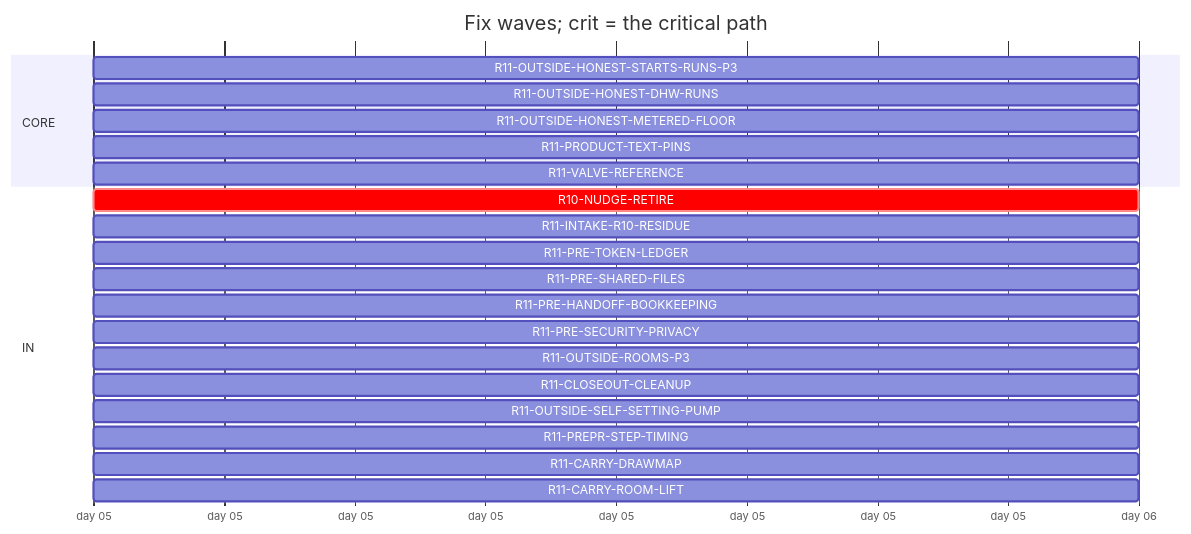
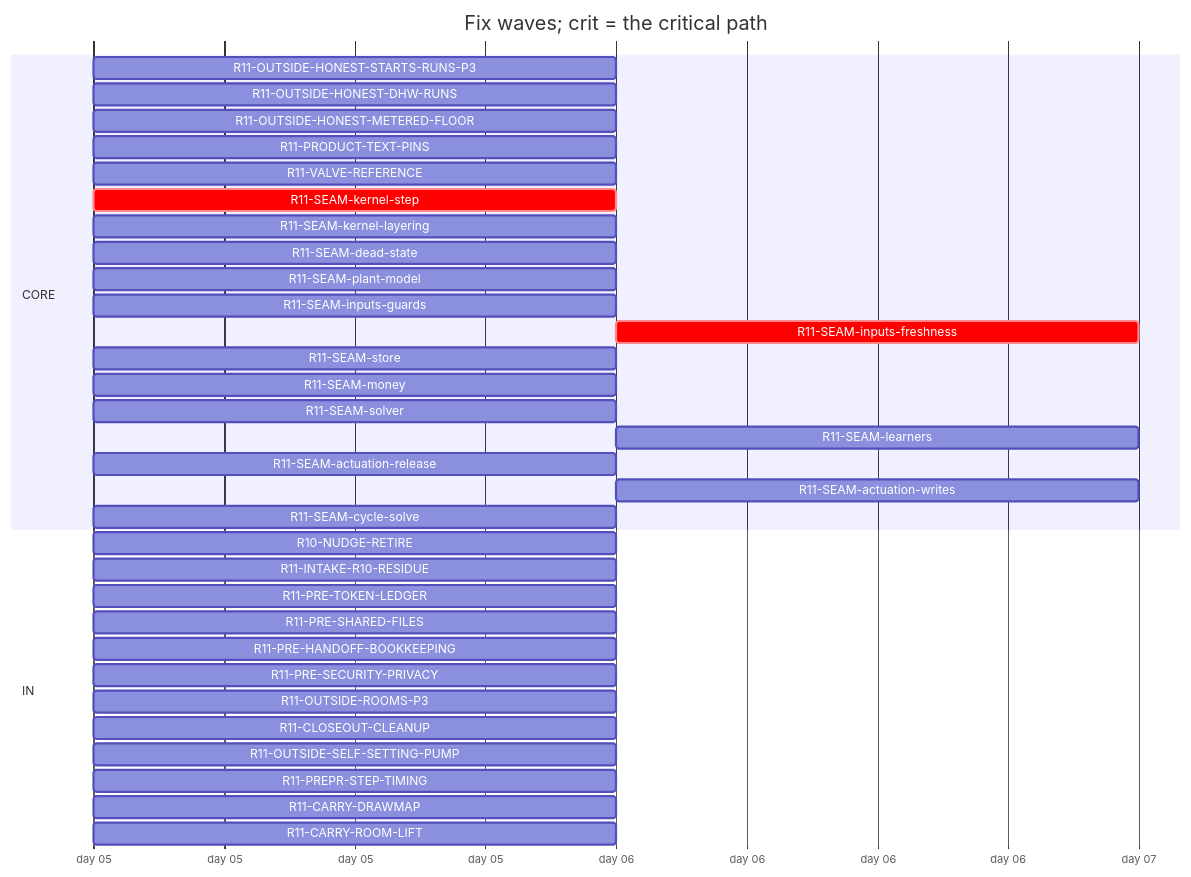
Before and after one commit to tvofi/heatpump_optimizer: the diagram in handoff/round11/state/PLAN-TABLE.md, drawn with Mermaid. The commit also changed other lines of this file and 3 other files, not shown here.

Commit message:
state: FLOW-BOARD.md, NEXT-SESSION-PROMPT.md, PLAN-TABLE.md, RESUME-CURRENT.md regenerated (state_docs.py)

````diff
--- a/handoff/round11/state/PLAN-TABLE.md
+++ b/handoff/round11/state/PLAN-TABLE.md
@@ -15,25 +15,38 @@
 ```mermaid
 gantt
   title Fix waves; crit = the critical path
   dateFormat YYYY-MM-DD
   axisFormat day %d
   section CORE
     R11-OUTSIDE-HONEST-STARTS-RUNS-P3 :r11OUTSIDEHONESTSTARTSRUNSP3, 2026-01-05, 1d
     R11-OUTSIDE-HONEST-DHW-RUNS :r11OUTSIDEHONESTDHWRUNS, 2026-01-05, 1d
     R11-OUTSIDE-HONEST-METERED-FLOOR :r11OUTSIDEHONESTMETEREDFLOOR, 2026-01-05, 1d
     R11-PRODUCT-TEXT-PINS :r11PRODUCTTEXTPINS, 2026-01-05, 1d
     R11-VALVE-REFERENCE :r11VALVEREFERENCE, 2026-01-05, 1d
+    R11-SEAM-kernel-step :crit, r11SEAMkernelstep, 2026-01-05, 1d
+    R11-SEAM-kernel-layering :r11SEAMkernellayering, 2026-01-05, 1d
+    R11-SEAM-dead-state :r11SEAMdeadstate, 2026-01-05, 1d
+    R11-SEAM-plant-model :r11SEAMplantmodel, 2026-01-05, 1d
+    R11-SEAM-inputs-guards :r11SEAMinputsguards, 2026-01-05, 1d
+    R11-SEAM-inputs-freshness :crit, r11SEAMinputsfreshness, after r11SEAMkernelstep, 1d
+    R11-SEAM-store :r11SEAMstore, 2026-01-05, 1d
+    R11-SEAM-money :r11SEAMmoney, 2026-01-05, 1d
+    R11-SEAM-solver :r11SEAMsolver, 2026-01-05, 1d
+    R11-SEAM-learners :r11SEAMlearners, after r11SEAMplantmodel, 1d
+    R11-SEAM-actuation-release :r11SEAMactuationrelease, 2026-01-05, 1d
+    R11-SEAM-actuation-writes :r11SEAMactuationwrites, after r11SEAMkernelstep r11SEAMactuationrelease, 1d
+    R11-SEAM-cycle-solve :r11SEAMcyclesolve, 2026-01-05, 1d
   section IN
-    R10-NUDGE-RETIRE :crit, r10NUDGERETIRE, 2026-01-05, 1d
+    R10-NUDGE-RETIRE :r10NUDGERETIRE, 2026-01-05, 1d
     R11-INTAKE-R10-RESIDUE :r11INTAKER10RESIDUE, 2026-01-05, 1d
     R11-PRE-TOKEN-LEDGER :r11PRETOKENLEDGER, 2026-01-05, 1d
     R11-PRE-SHARED-FILES :r11PRESHAREDFILES, 2026-01-05, 1d
     R11-PRE-HANDOFF-BOOKKEEPING :r11PREHANDOFFBOOKKEEPING, 2026-01-05, 1d
     R11-PRE-SECURITY-PRIVACY :r11PRESECURITYPRIVACY, 2026-01-05, 1d
     R11-OUTSIDE-ROOMS-P3 :r11OUTSIDEROOMSP3, 2026-01-05, 1d
     R11-CLOSEOUT-CLEANUP :r11CLOSEOUTCLEANUP, 2026-01-05, 1d
     R11-OUTSIDE-SELF-SETTING-PUMP :r11OUTSIDESELFSETTINGPUMP, 2026-01-05, 1d
     R11-PREPR-STEP-TIMING :r11PREPRSTEPTIMING, 2026-01-05, 1d
     R11-CARRY-DRAWMAP :r11CARRYDRAWMAP, 2026-01-05, 1d
     R11-CARRY-ROOM-LIFT :r11CARRYROOMLIFT, 2026-01-05, 1d
 ```
````
